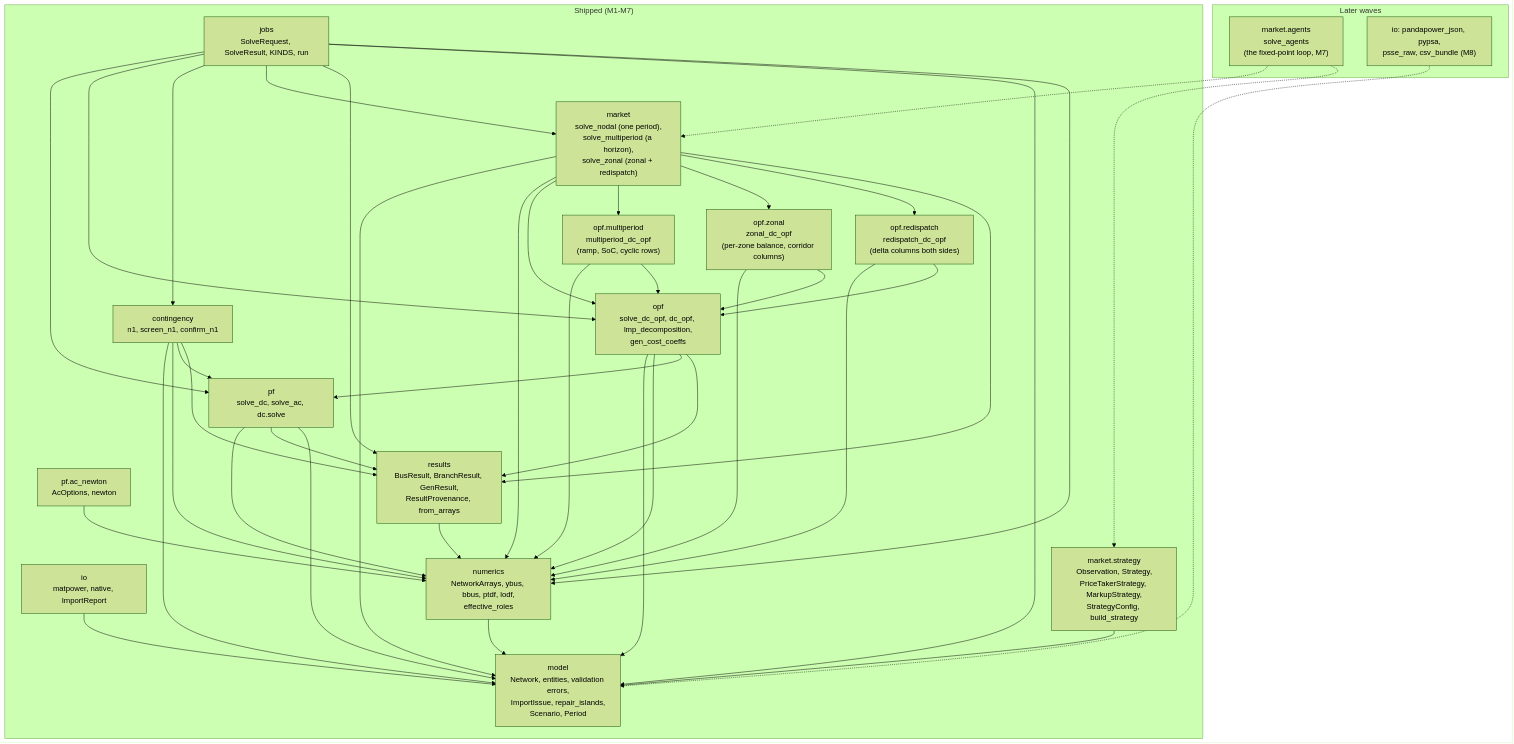
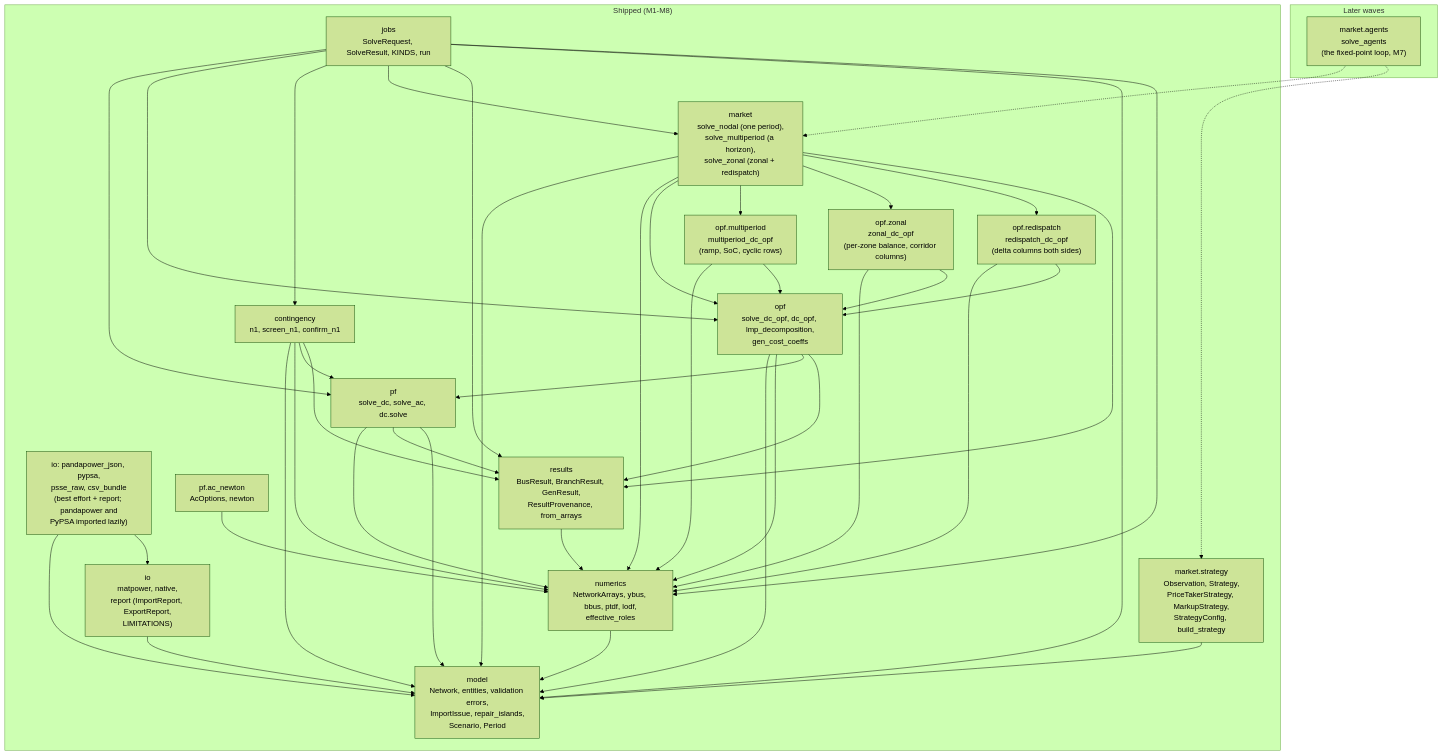
Before and after one commit to mambo10005/mambo-power: the first of 2 diagrams in docs/design/architecture.md, drawn with Mermaid (forest theme). The commit also changed other lines of this file and 2 other files, not shown here.

First line of the commit message:
docs(m8/s6): changelog entry for M8, architecture io box/edges and module map, home page status + roadmap (M7 merged, M8 in progress)

````diff
--- a/docs/design/architecture.md
+++ b/docs/design/architecture.md
@@ -13,63 +13,64 @@
 ```mermaid
 flowchart TB
-    subgraph present["Shipped (M1-M7)"]
+    subgraph present["Shipped (M1-M8)"]
         model["model<br/>Network, entities, validation errors,<br/>ImportIssue, repair_islands,<br/>Scenario, Period"]
-        io["io<br/>matpower, native, ImportReport"]
+        io["io<br/>matpower, native,<br/>report (ImportReport, ExportReport,<br/>LIMITATIONS)"]
+        formats["io: pandapower_json, pypsa,<br/>psse_raw, csv_bundle<br/>(best effort + report; pandapower and<br/>PyPSA imported lazily)"]
         numerics["numerics<br/>NetworkArrays, ybus, bbus, ptdf, lodf,<br/>effective_roles"]
         pf["pf<br/>solve_dc, solve_ac, dc.solve"]
         ac["pf.ac_newton<br/>AcOptions, newton"]
         opf["opf<br/>solve_dc_opf, dc_opf, lmp_decomposition,<br/>gen_cost_coeffs"]
         opfmp["opf.multiperiod<br/>multiperiod_dc_opf<br/>(ramp, SoC, cyclic rows)"]
         opfz["opf.zonal<br/>zonal_dc_opf<br/>(per-zone balance, corridor columns)"]
         opfrd["opf.redispatch<br/>redispatch_dc_opf<br/>(delta columns both sides)"]
         contingency["contingency<br/>n1, screen_n1, confirm_n1"]
         market["market<br/>solve_nodal (one period),<br/>solve_multiperiod (a horizon),<br/>solve_zonal (zonal + redispatch)"]
         marketstrategy["market.strategy<br/>Observation, Strategy,<br/>PriceTakerStrategy, MarkupStrategy,<br/>StrategyConfig, build_strategy"]
         results["results<br/>BusResult, BranchResult, GenResult,<br/>ResultProvenance, from_arrays"]
         jobs["jobs<br/>SolveRequest, SolveResult, KINDS, run"]
     end
     subgraph later["Later waves"]
         marketlater["market.agents<br/>solve_agents<br/>(the fixed-point loop, M7)"]
-        formats["io: pandapower_json, pypsa,<br/>psse_raw, csv_bundle (M8)"]
     end
 
     io --> model
+    formats --> model
+    formats --> io
     numerics --> model
     pf --> numerics
     pf --> results
     pf --> model
     results --> numerics
     ac --> numerics
     opf --> model
     opf --> numerics
     opf --> pf
     opf --> results
     contingency --> model
     contingency --> numerics
     contingency --> pf
     contingency --> results
     market --> model
     market --> numerics
     market --> opf
     market --> opfmp
     market --> opfz
     market --> opfrd
     market --> results
     marketstrategy --> model
     opfmp --> numerics
     opfmp --> opf
     opfz --> numerics
     opfz --> opf
     opfrd --> numerics
     opfrd --> opf
     jobs --> pf
     jobs --> opf
     jobs --> contingency
     jobs --> market
     jobs --> results
     jobs --> model
     jobs --> numerics
     marketlater -.-> market
     marketlater -.-> marketstrategy
-    formats -.-> model
 ```
````
